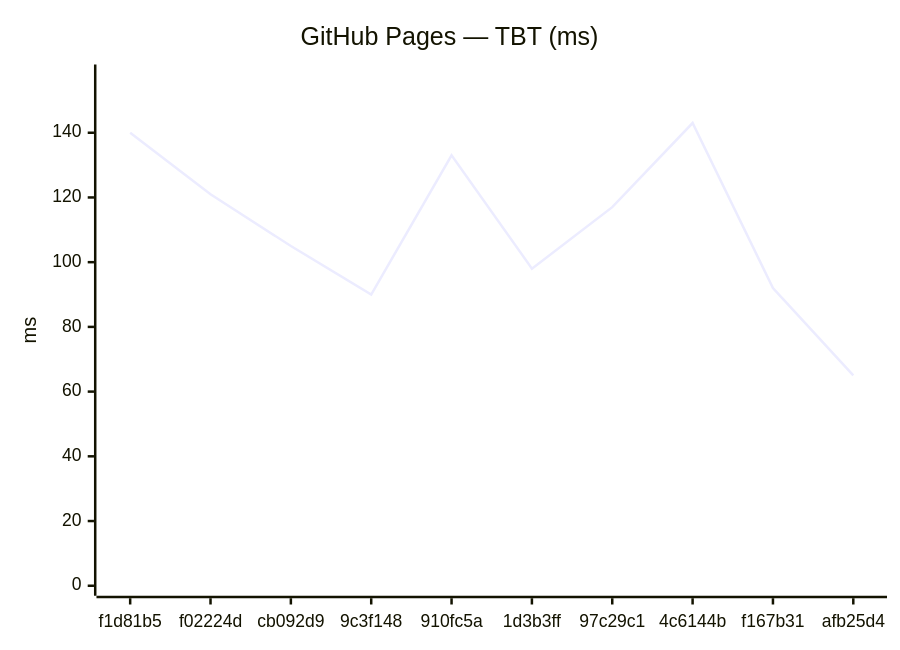
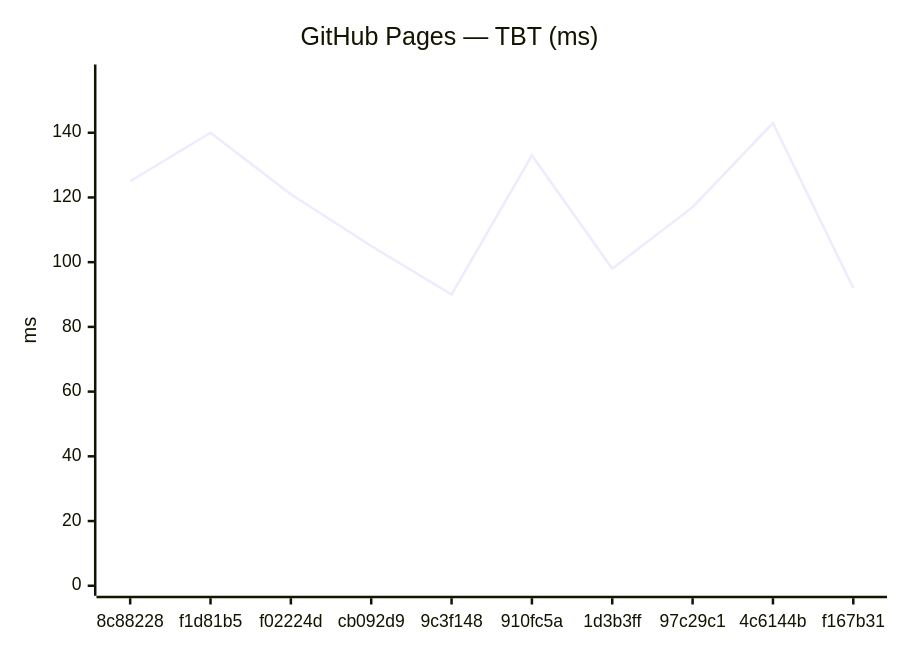
Before and after one commit to Metaheurist/Rianell: the fourth of 18 diagrams in benchmarks/compare.md, drawn with Mermaid. The commit also changed other lines of this file and 11 other files, not shown here.

````diff
--- a/benchmarks/compare.md
+++ b/benchmarks/compare.md
@@ -61,7 +61,7 @@
 ```mermaid
 xychart-beta
     title "GitHub Pages — TBT (ms)"
-    x-axis ["f1d81b5", "f02224d", "cb092d9", "9c3f148", "910fc5a", "1d3b3ff", "97c29c1", "4c6144b", "f167b31", "afb25d4"]
+    x-axis ["8c88228", "f1d81b5", "f02224d", "cb092d9", "9c3f148", "910fc5a", "1d3b3ff", "97c29c1", "4c6144b", "f167b31"]
     y-axis "ms" 0 --> 158
-    line [140, 121, 105, 90, 133, 98, 117, 143, 92, 65]
+    line [125, 140, 121, 105, 90, 133, 98, 117, 143, 92]
 ```
````
